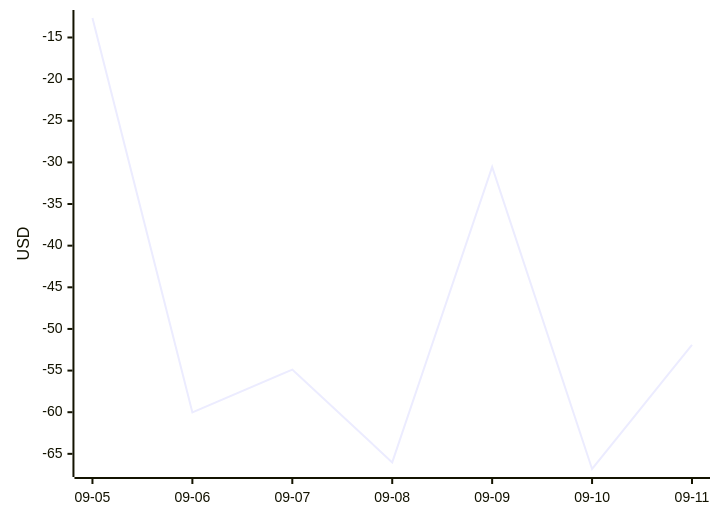
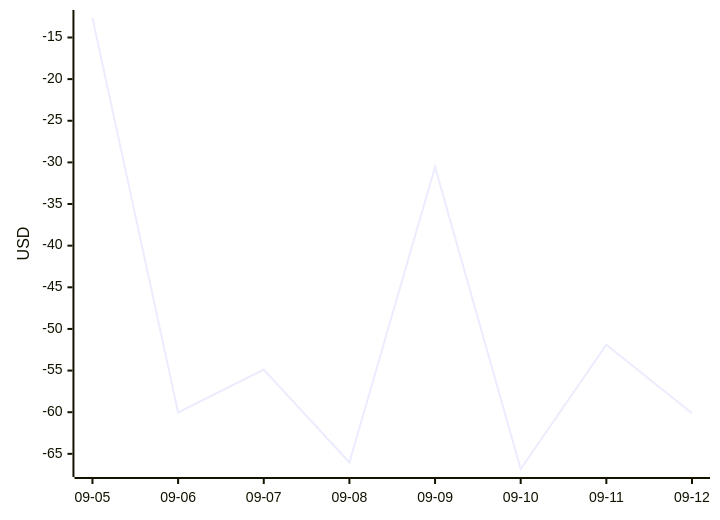
Before and after one commit to aryanvaid2108/prediction-trading: the diagram in DASHBOARD.md, drawn with Mermaid. The commit also changed other lines of this file and 6 other files, not shown here.

````diff
--- a/DASHBOARD.md
+++ b/DASHBOARD.md
@@ -63,6 +63,6 @@
 ```mermaid
 xychart-beta
-  x-axis ["09-05", "09-06", "09-07", "09-08", "09-09", "09-10", "09-11"]
+  x-axis ["09-05", "09-06", "09-07", "09-08", "09-09", "09-10", "09-11", "09-12"]
   y-axis "USD"
-  line [-12.66, -60.03, -54.88, -66.03, -30.54, -66.82, -51.90]
+  line [-12.66, -60.03, -54.88, -66.03, -30.54, -66.82, -51.90, -60.13]
 ```
````
